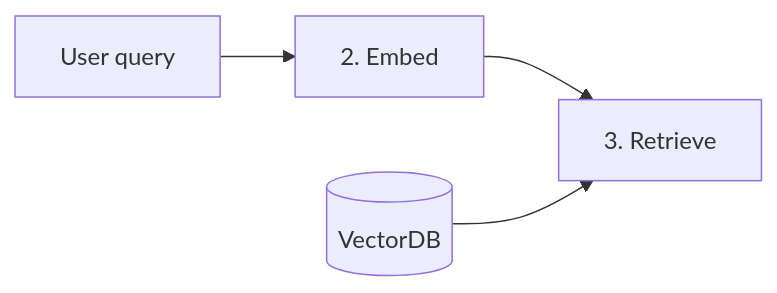
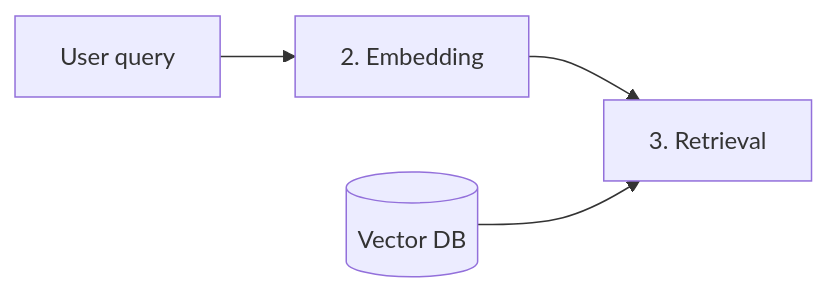
Before and after one commit to w4bo/AA2627-unibo-dcai: the eighth of 24 diagrams in slides/02-rag.qmd, drawn with Mermaid. The commit also changed other lines of this file, not shown here.

````diff
--- a/slides/02-rag.qmd
+++ b/slides/02-rag.qmd
@@ -340,7 +405,7 @@
 ```{mermaid}
 %%| echo: false
 flowchart LR
-  QT[User query] --> QE[2. Embed]
-  QE --> SIM[3. Retrieve]
-  CT[(VectorDB)] --> SIM
+  QT[User query] --> QE[2. Embedding]
+  QE --> SIM[3. Retrieval]
+  CT[(Vector DB)] --> SIM
 ```
````
